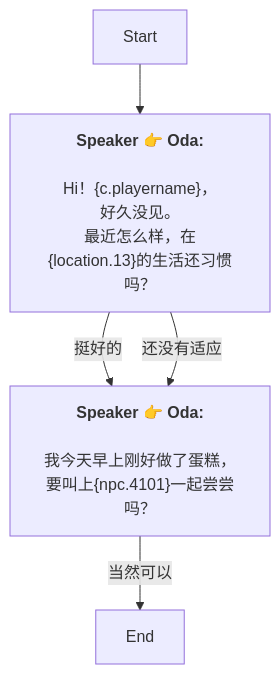
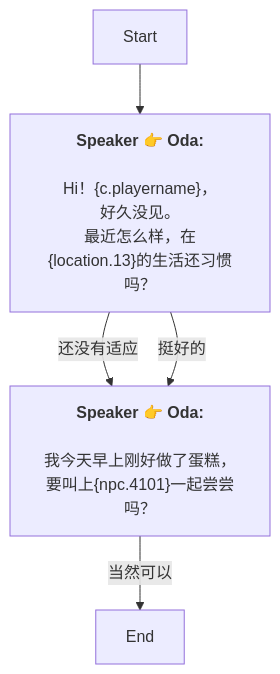
One commit to SoftHu/tos_avg changed the diagram in Zh/QuestStartTalkENode_1754297752607235.md. Above: the diagram before and after it, drawn with Mermaid. The commit also changed other lines of this file and 780 other files, not shown here.

````diff
--- a/Zh/QuestStartTalkENode_1754297752607235.md
+++ b/Zh/QuestStartTalkENode_1754297752607235.md
@@ -1,15 +1,15 @@
 ```mermaid
 graph
 Start -->1754297898306054[<b>Speaker 👉 Oda:</b>
 \nHi！&lbrace;c.playername&rbrace;，
 好久没见。
 最近怎么样，在&lbrace;location.13&rbrace;的生活还习惯吗？]
-1754297898306054 -->|挺好的|1754298284307980[<b>Speaker 👉 Oda:</b>
+1754297898306054 -->|还没有适应|1754298284307980[<b>Speaker 👉 Oda:</b>
 \n我今天早上刚好做了蛋糕，
 要叫上&lbrace;npc.4101&rbrace;一起尝尝吗？]
-1754297898306054 -->|还没有适应|1754298284307980[<b>Speaker 👉 Oda:</b>
+1754297898306054 -->|挺好的|1754298284307980[<b>Speaker 👉 Oda:</b>
 \n我今天早上刚好做了蛋糕，
 要叫上&lbrace;npc.4101&rbrace;一起尝尝吗？]
 1754298284307980 -->|当然可以|1754298319793680[End]
 
 ```
````
